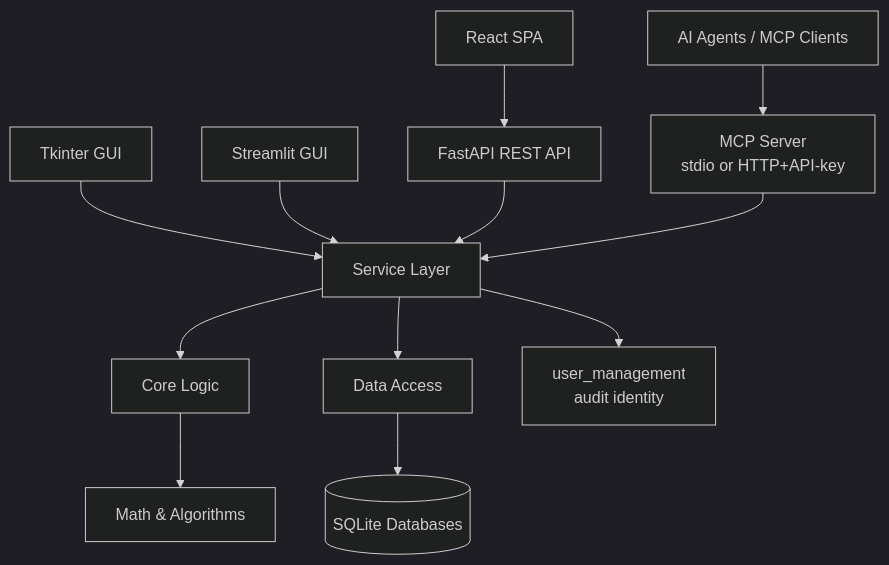
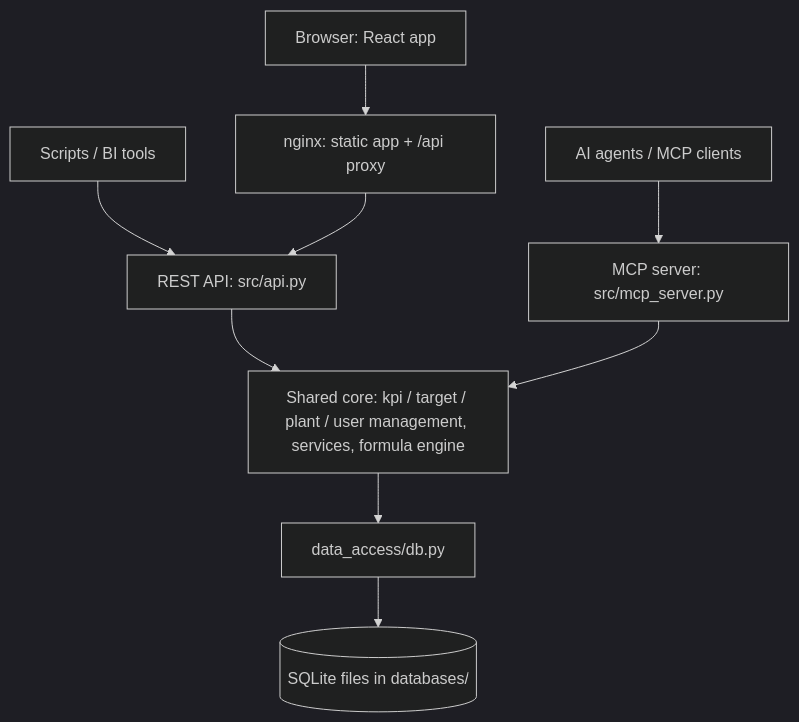
One commit to MGriot/dataentryKPI changed the diagram in docs/architecture.md. Above: the diagram before and after it, drawn with Mermaid (dark theme). The commit also changed other lines of this file and 13 other files, not shown here.

First line of the commit message:
docs: rewrite README and guides for 2.1, add user guide, MCP guide and diagram

````diff
--- a/docs/architecture.md
+++ b/docs/architecture.md
@@ -7,17 +7,11 @@
 ```mermaid
 graph TD
-    UI_REACT[React SPA] --> API[FastAPI REST API]
-    AI[AI Agents / MCP Clients] --> MCP[MCP Server<br/>stdio or HTTP+API-key]
-    UI_TK[Tkinter GUI] --> SERVICE[Service Layer]
-    UI_ST[Streamlit GUI] --> SERVICE
-
-    API --> SERVICE
-    MCP --> SERVICE
-
-    SERVICE --> CORE[Core Logic]
-    SERVICE --> DATA[Data Access]
-    SERVICE --> USERS[user_management<br/>audit identity]
-
-    CORE --> MATH[Math & Algorithms]
-    DATA --> DB[(SQLite Databases)]
+    Browser[Browser: React app] --> Nginx[nginx: static app + /api proxy]
+    Scripts[Scripts / BI tools] --> API
+    Nginx --> API[REST API: src/api.py]
+    Agents[AI agents / MCP clients] --> MCP[MCP server: src/mcp_server.py]
+    API --> Core[Shared core: kpi / target / plant / user management, services, formula engine]
+    MCP --> Core
+    Core --> DB[data_access/db.py]
+    DB --> Files[(SQLite files in databases/)]
 ```
````
